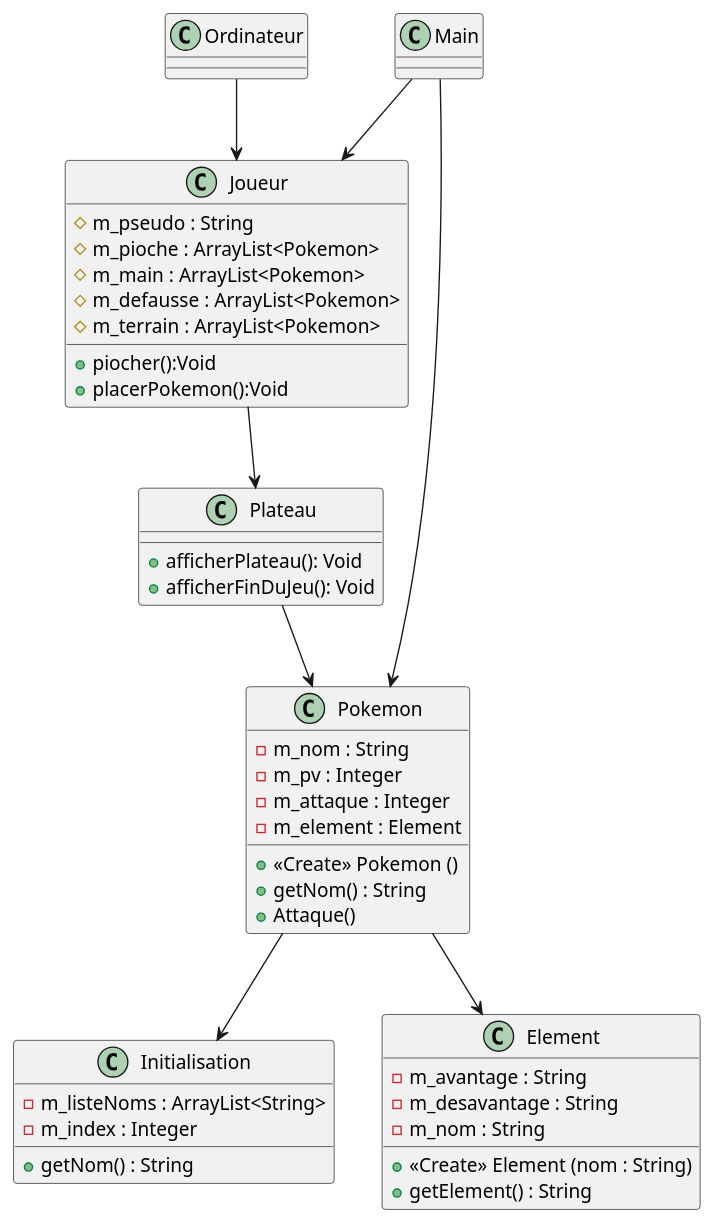
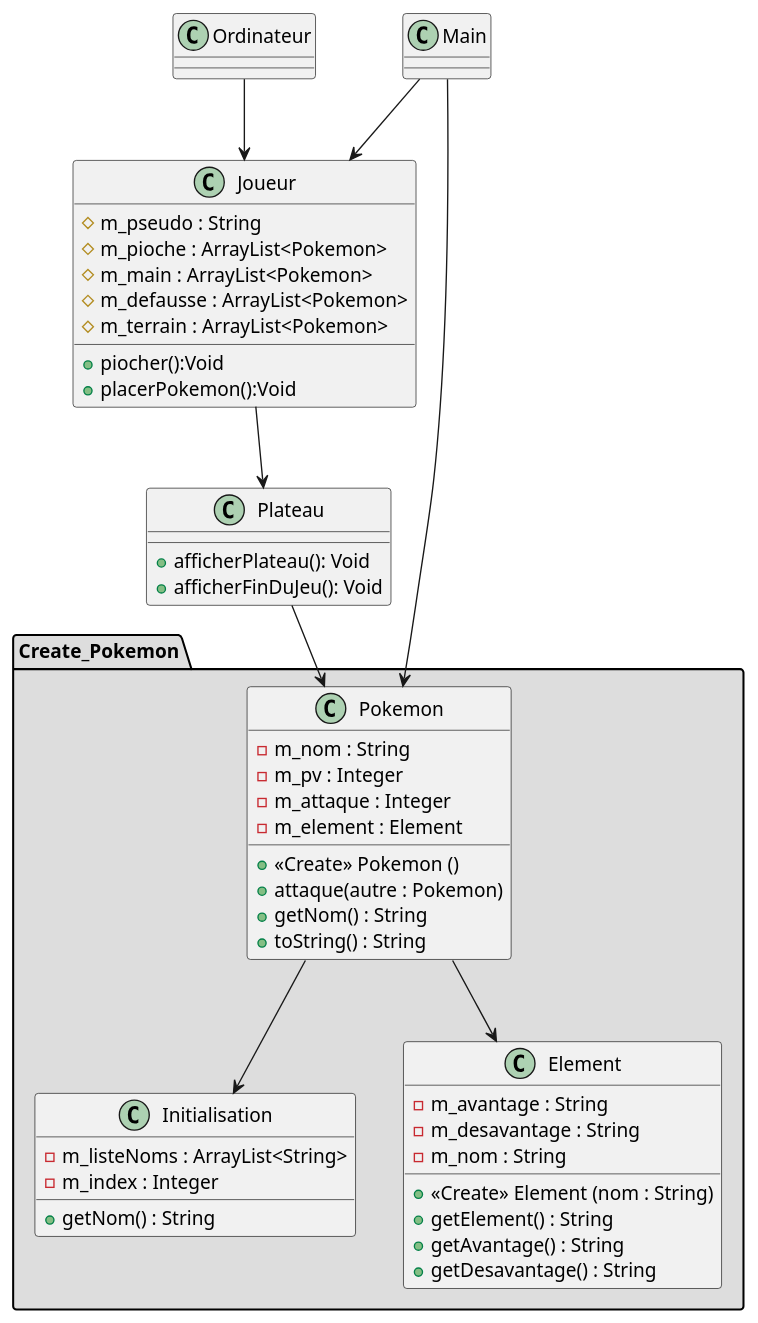
One commit to Wa-Melissa/Pookemon changed the diagram in uml/semaine1.puml. Above: the diagram before and after it, drawn with PlantUML. The commit also changed 5 other files, not shown here.

Commit message:
Implémentation de méthodes dans les classes Element, Initialisation et Pokemon + Modification de l'UML

```diff
--- a/uml/semaine1.puml
+++ b/uml/semaine1.puml
@@ -1,67 +1,78 @@
 @startuml
 
 class Main
 {
 
 }
 
 class Ordinateur
 {
 
 }
 
 class Joueur
 {
 # m_pseudo : String
 # m_pioche : ArrayList<Pokemon>
 # m_main : ArrayList<Pokemon>
 # m_defausse : ArrayList<Pokemon>
 # m_terrain : ArrayList<Pokemon>
 + piocher():Void
 + placerPokemon():Void
 
 }
 
 
+
+
+class Plateau
+{
++ afficherPlateau(): Void
++afficherFinDuJeu(): Void
+}
+
+
+package "Create_Pokemon" #DDDDDD {
+
 class Pokemon
 {
 - m_nom : String
 - m_pv : Integer
 - m_attaque : Integer
 - m_element : Element
 + <<Create>> Pokemon ()
++ attaque(autre : Pokemon)
 + getNom() : String
-+ Attaque()
-}
-
-class Plateau
-{
-+ afficherPlateau(): Void
-+afficherFinDuJeu(): Void
++ toString() : String
 }
 
 class Initialisation
 {
 - m_listeNoms : ArrayList<String>
 - m_index : Integer
 + getNom() : String
 }
 
 class Element
 {
 - m_avantage : String
 - m_desavantage : String
 - m_nom : String
 + <<Create>> Element (nom : String)
 + getElement() : String
++ getAvantage() : String
++ getDesavantage() : String
+}
+
 }
 
 Plateau --> Pokemon
 Pokemon --> Element
 Ordinateur --> Joueur
 Joueur --> Plateau
 Main --> Pokemon
 Main --> Joueur
 Pokemon --> Initialisation
 
+
 @enduml
```
